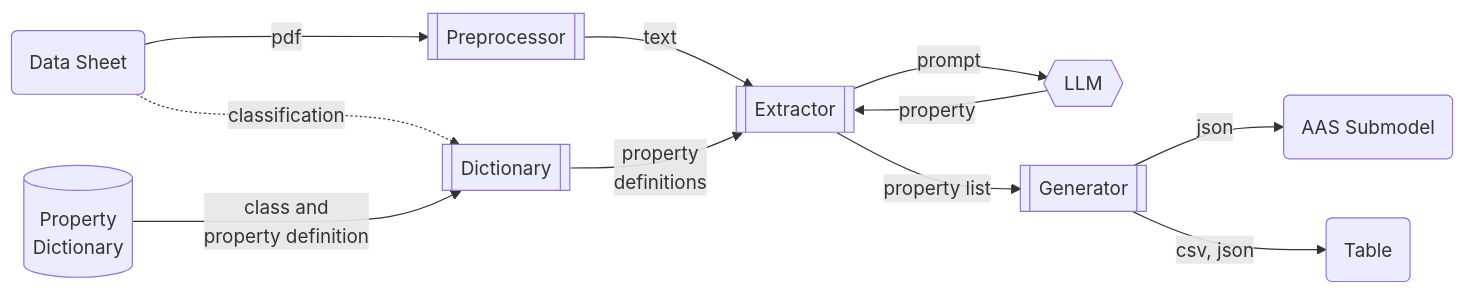
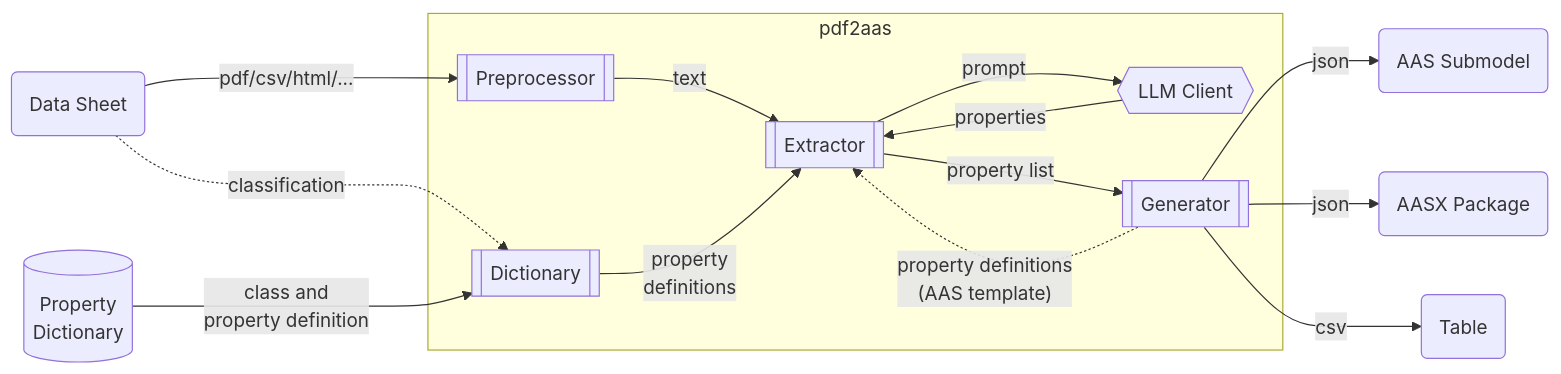
Before and after one commit to eclipse-basyx/basyx-pdf-to-aas: the diagram in README.md, drawn with Mermaid. The commit also changed other lines of this file, not shown here.

````diff
--- a/README.md
+++ b/README.md
@@ -7,28 +7,36 @@
 ```mermaid
 flowchart LR
     datasheet(Data Sheet)
-    dict[("Property 
+    dictDB[("Property 
                  Dictionary")]
-    llm{{LLM}}
+    llm{{LLM Client}}
     submodel(AAS Submodel)
     table(Table)
+    aasx(AASX Package)
 
-    preprocessor[[Preprocessor]]
-    dictProcessor[[Dictionary]]
-    propertyExtractor[[Extractor]]
-    generator[[Generator]]
+    subgraph pdf2aas
 
-    datasheet --pdf---> preprocessor --text--> propertyExtractor
+      preprocessor[[Preprocessor]]
+      dictionary[[Dictionary]]
+      extractor[[Extractor]]
+      generator[[Generator]]
 
-    datasheet -.classification.-> dictProcessor
-    dict --"class and
-    property definition"---> dictProcessor --"property 
-        definitions"
-        -->  propertyExtractor
+      preprocessor --text--> extractor
+      dictionary --"property 
+          definitions"-->  extractor
+      extractor --prompt--> llm --properties--> extractor
+      extractor --property list--> generator
+    end
 
-    propertyExtractor --prompt--> llm --property--> propertyExtractor
-    propertyExtractor --property list--> generator
+    datasheet --pdf/csv/html/...---> preprocessor
+    datasheet -.classification.-> dictionary
 
-    generator --json--> submodel
-    generator --csv, json--> table
+    dictDB --"class and
+      property definition"---> dictionary
+    
+    generator -.property definitions
+      (AAS template).-> extractor
+    generator --json--> submodel & aasx
+    generator --csv--> table
+    
 ```
````
